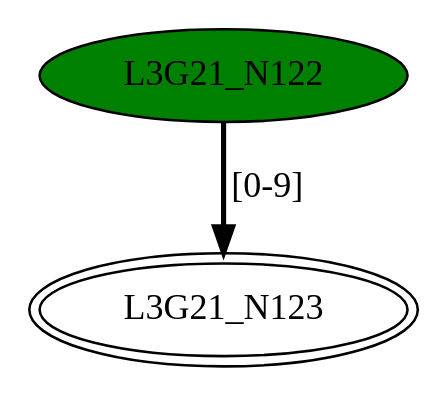
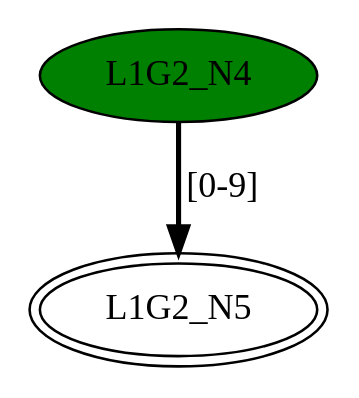
Before and after one commit to GDimitroulakos/EDUFLEX: the diagram in DFASimulator/Testbench/BasicSet_[0-9].dot, drawn with Graphviz. The commit also changed 72 other files, not shown here.

```diff
--- a/DFASimulator/Testbench/BasicSet_[0-9].dot
+++ b/DFASimulator/Testbench/BasicSet_[0-9].dot
@@ -1,5 +1,5 @@
-digraph G21{
-"L3G21_N122" [style=filled,fillcolor=green];
-"L3G21_N123" [peripheries=2];
-"L3G21_N122"->"L3G21_N123" [style = bold, label = "[0-9]"];
+digraph G2{
+"L1G2_N4" [style=filled,fillcolor=green];
+"L1G2_N5" [peripheries=2];
+"L1G2_N4"->"L1G2_N5" [style = bold, label = "[0-9]"];
 }
```
